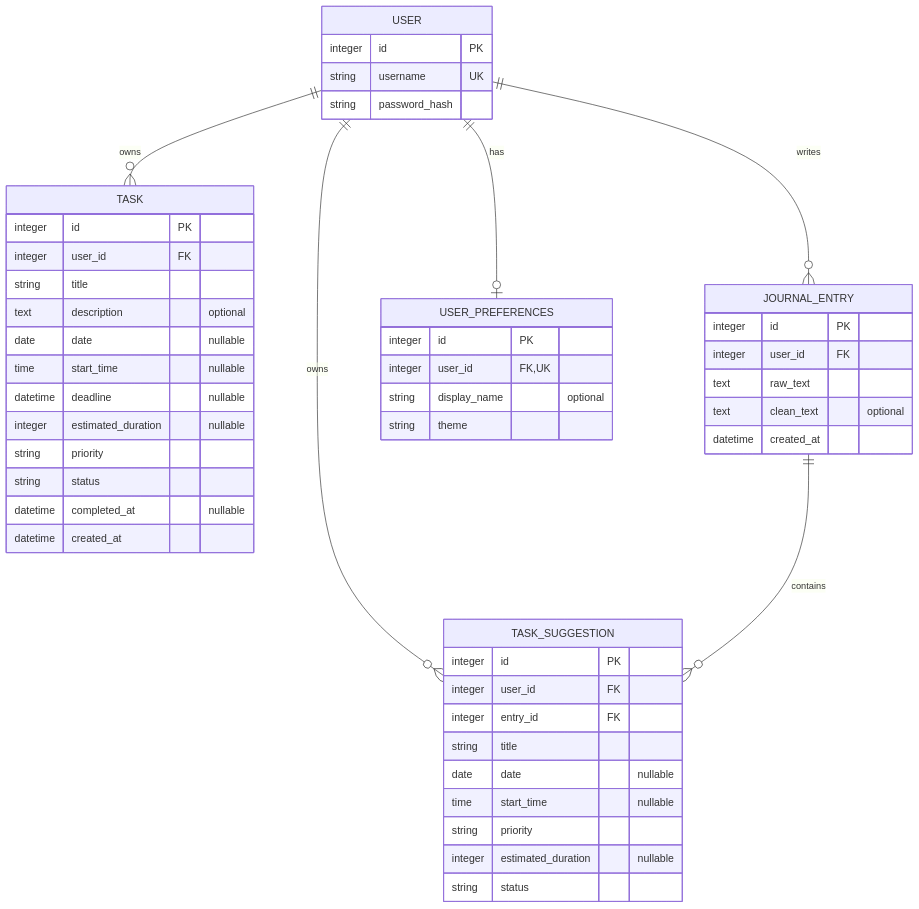
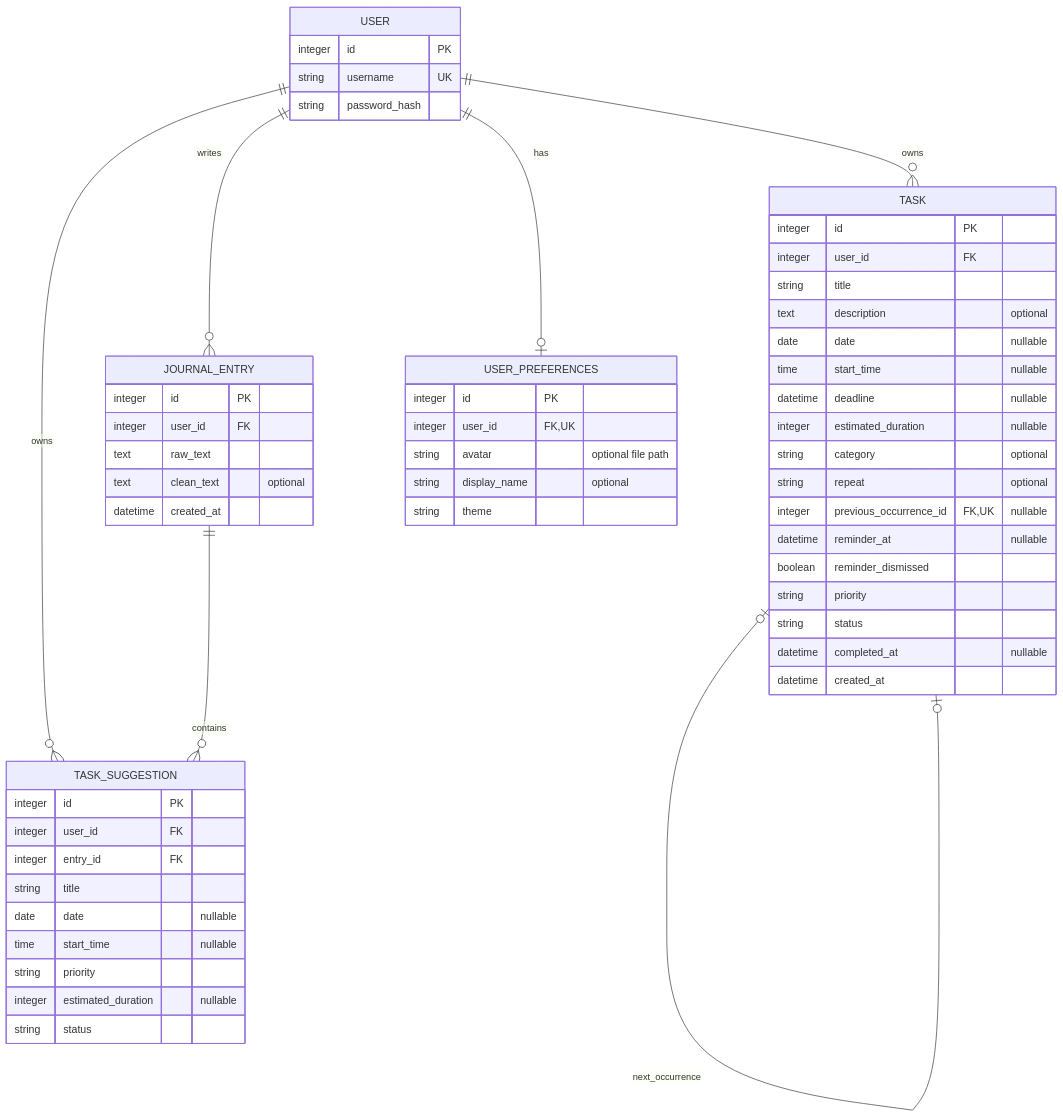
The diagram in docs/design.md (YmamG/Mawj), drawn with Mermaid before and after one commit. The commit also changed other lines of this file and 31 other files, not shown here.

Commit message:
Add profile photos, recurring tasks, Today view, categories, reminders and charts

````diff
--- a/docs/design.md
+++ b/docs/design.md
@@ -5,51 +5,58 @@
 ```mermaid
 erDiagram
     USER ||--o{ TASK : owns
+    TASK o|--o| TASK : next_occurrence
     USER ||--o{ JOURNAL_ENTRY : writes
     USER ||--o{ TASK_SUGGESTION : owns
     USER ||--o| USER_PREFERENCES : has
     JOURNAL_ENTRY ||--o{ TASK_SUGGESTION : contains
     USER {
         integer id PK
         string username UK
         string password_hash
     }
     TASK {
         integer id PK
         integer user_id FK
         string title
         text description "optional"
         date date "nullable"
         time start_time "nullable"
         datetime deadline "nullable"
         integer estimated_duration "nullable"
+        string category "optional"
+        string repeat "optional"
+        integer previous_occurrence_id FK,UK "nullable"
+        datetime reminder_at "nullable"
+        boolean reminder_dismissed
         string priority
         string status
         datetime completed_at "nullable"
         datetime created_at
     }
     JOURNAL_ENTRY {
         integer id PK
         integer user_id FK
         text raw_text
         text clean_text "optional"
         datetime created_at
     }
     TASK_SUGGESTION {
         integer id PK
         integer user_id FK
         integer entry_id FK
         string title
         date date "nullable"
         time start_time "nullable"
         string priority
         integer estimated_duration "nullable"
         string status
     }
     USER_PREFERENCES {
         integer id PK
         integer user_id FK,UK
+        string avatar "optional file path"
         string display_name "optional"
         string theme
     }
 ```
````
